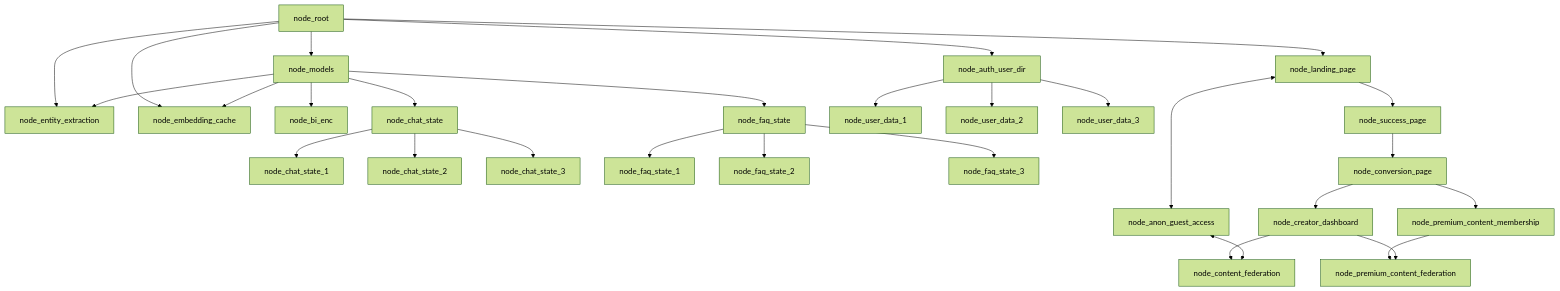
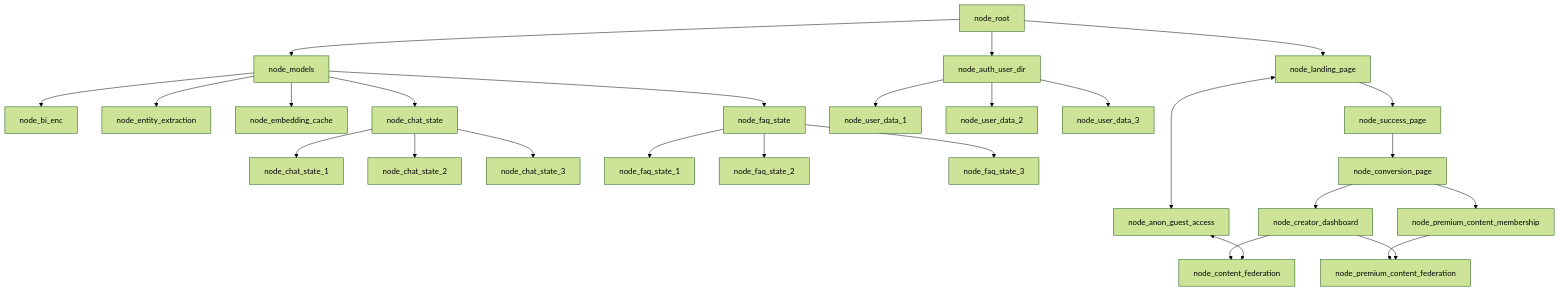
The second of 3 diagrams in README.md (WrappedUsername/apexmite-jac), drawn with Mermaid (forest theme) before and after one commit.

Commit message:
Configuring files - Keefe

````diff
--- a/README.md
+++ b/README.md
@@ -105,31 +105,29 @@
 ```mermaid
 graph TD;
     node_root-->node_landing_page
     node_root-->node_auth_user_dir
-    node_root-->node_entity_extraction
-    node_root-->node_embedding_cache
     node_root-->node_models
     node_models-->node_bi_enc
     node_models-->node_entity_extraction
     node_models-->node_embedding_cache
     node_models-->node_chat_state
     node_chat_state-->node_chat_state_1
     node_chat_state-->node_chat_state_2
     node_chat_state-->node_chat_state_3
     node_models-->node_faq_state
     node_faq_state-->node_faq_state_1
     node_faq_state-->node_faq_state_2
     node_faq_state-->node_faq_state_3
     node_auth_user_dir-->node_user_data_1
     node_auth_user_dir-->node_user_data_2
     node_auth_user_dir-->node_user_data_3
     node_landing_page-->node_success_page
     node_landing_page<-->node_anon_guest_access
     node_success_page-->node_conversion_page
     node_conversion_page-->node_creator_dashboard
     node_conversion_page-->node_premium_content_membership
     node_premium_content_membership-->node_premium_content_federation
     node_creator_dashboard-->node_content_federation
     node_creator_dashboard-->node_premium_content_federation
     node_anon_guest_access<-->node_content_federation
 ```
````
